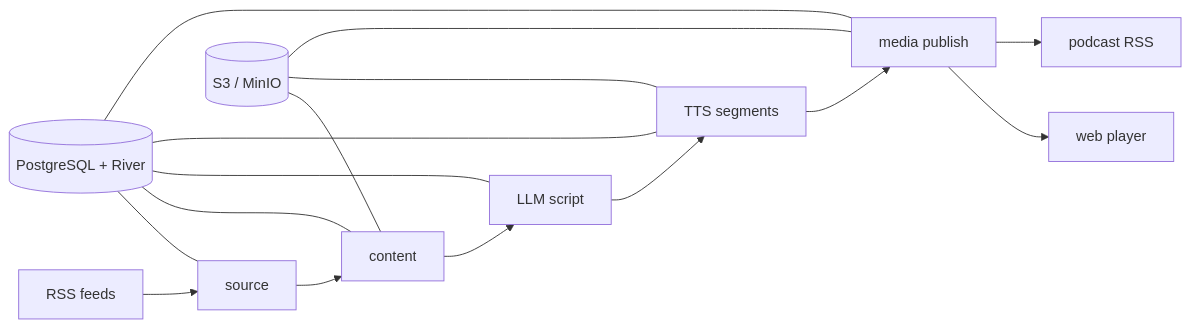
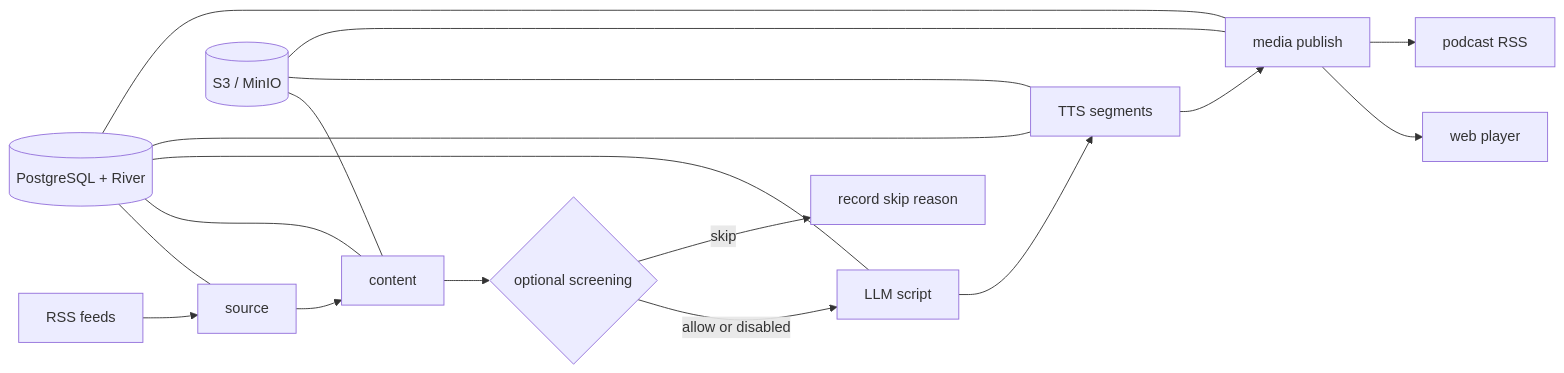
Before and after one commit to synrise25/rss-pod: the diagram in README.md, drawn with Mermaid. The commit also changed other lines of this file and 22 other files, not shown here.

````diff
--- a/README.md
+++ b/README.md
@@ -64,19 +64,21 @@
 ```mermaid
 flowchart LR
     RSS[RSS feeds] --> Source[source]
     Source --> Content[content]
-    Content --> LLM[LLM script]
+    Content --> Screening{optional screening}
+    Screening -->|allow or disabled| LLM[LLM script]
+    Screening -->|skip| Skipped[record skip reason]
     LLM --> TTS[TTS segments]
     TTS --> Media[media publish]
     Media --> Player[web player]
     Media --> Feed[podcast RSS]
 
     DB[(PostgreSQL + River)] --- Source
     DB --- Content
     DB --- LLM
     DB --- TTS
     DB --- Media
     S3[(S3 / MinIO)] --- Content
     S3 --- TTS
     S3 --- Media
 ```
````
